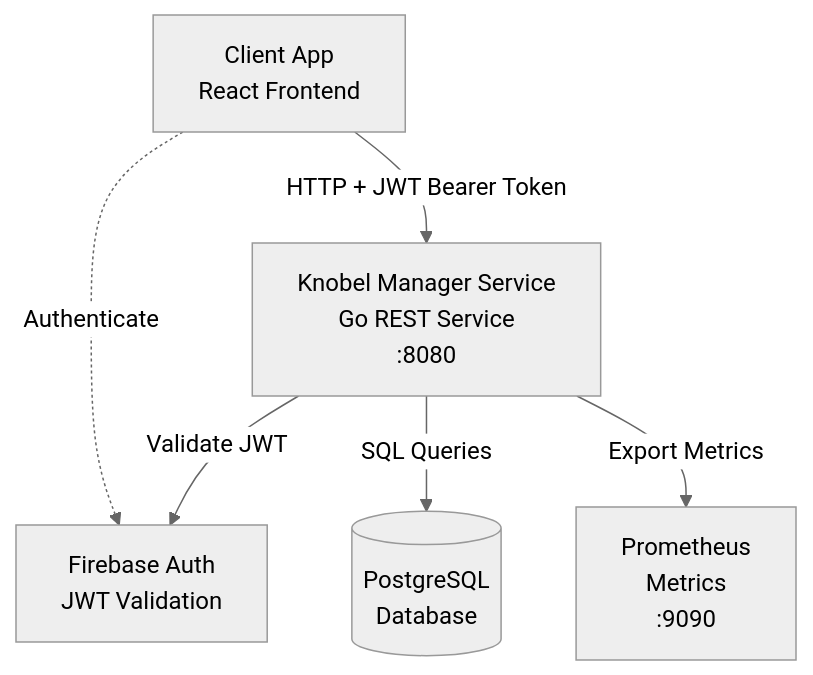
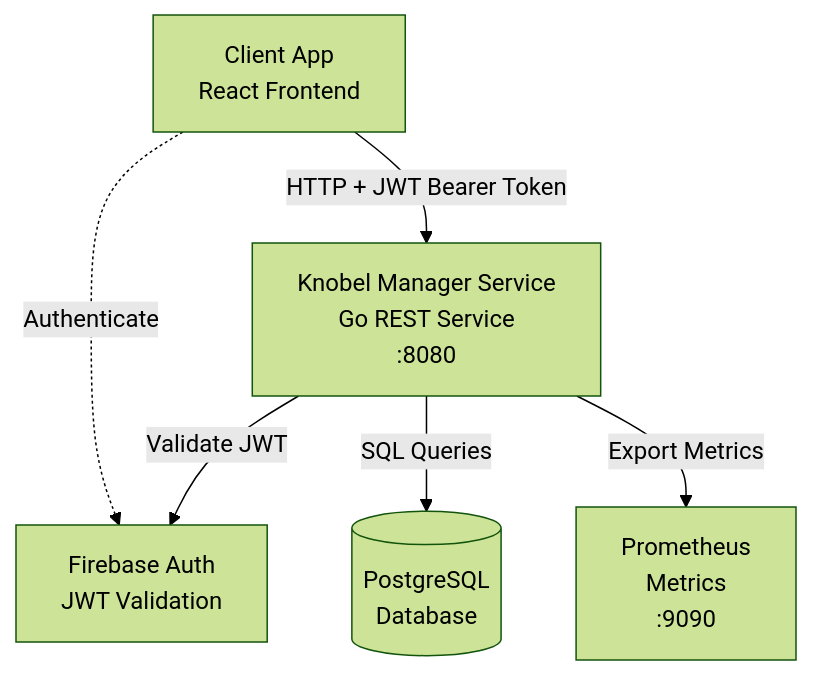
Before and after one commit to henok321/knobel-manager-service: the diagram in README.md, drawn with Mermaid.

Commit message:
docs: mermaid theme

````diff
--- a/README.md
+++ b/README.md
@@ -16,17 +16,17 @@
 ```mermaid
 ---
 config:
-    theme: neutral
+    theme: forest
 ---
 graph TB
     Client[Client App<br/>React Frontend]
     API[Knobel Manager Service<br/>Go REST Service<br/>:8080]
     DB[(PostgreSQL<br/>Database)]
     Firebase[Firebase Auth<br/>JWT Validation]
     Metrics[Prometheus<br/>Metrics<br/>:9090]
     Client -->|HTTP + JWT Bearer Token| API
     Client -.->|Authenticate| Firebase
     API -->|Validate JWT| Firebase
     API -->|SQL Queries| DB
     API -->|Export Metrics| Metrics
 ```
````
